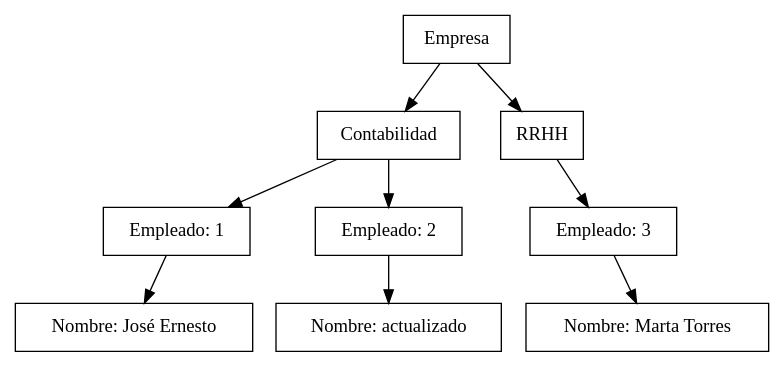
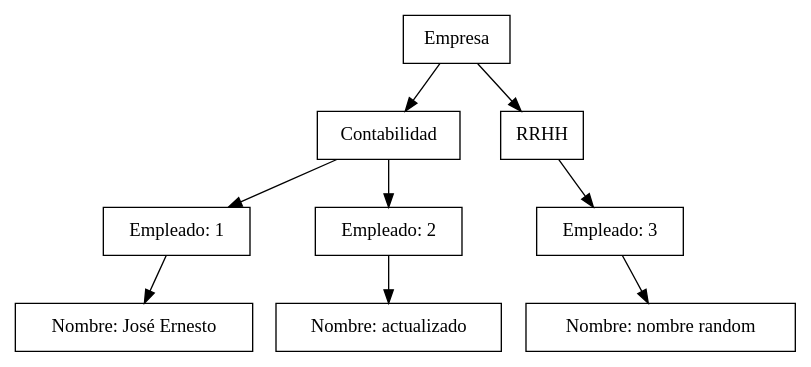
The diagram in Clase 06-20/comandos/archivo.dot (IPC2-VJ2022/IPC2_JUNIO_2022), drawn with Graphviz before and after one commit. The commit also changed 32 other files, not shown here.

```diff
--- a/Clase 06-20/comandos/archivo.dot
+++ b/Clase 06-20/comandos/archivo.dot
@@ -1,20 +1,20 @@
 digraph G { 
 node[shape=elipse] 
 nodoRaiz[label="Empresa"] 
 nodoDeptoContabilidad[label="Contabilidad"] 
 nodoRaiz ->nodoDeptoContabilidad
 nodoEmpl1[label="Empleado: 1 "] 
 nodoDeptoContabilidad->nodoEmpl1
 nodoEmpl1name[label="Nombre: José Ernesto "] 
 nodoEmpl1->nodoEmpl1name
 nodoEmpl2[label="Empleado: 2 "] 
 nodoDeptoContabilidad->nodoEmpl2
 nodoEmpl2name[label="Nombre: actualizado "] 
 nodoEmpl2->nodoEmpl2name
 nodoDeptoRRHH[label="RRHH"] 
 nodoRaiz ->nodoDeptoRRHH
 nodoEmpl3[label="Empleado: 3 "] 
 nodoDeptoRRHH->nodoEmpl3
-nodoEmpl3name[label="Nombre: Marta Torres "] 
+nodoEmpl3name[label="Nombre: nombre random "] 
 nodoEmpl3->nodoEmpl3name
 }
```
